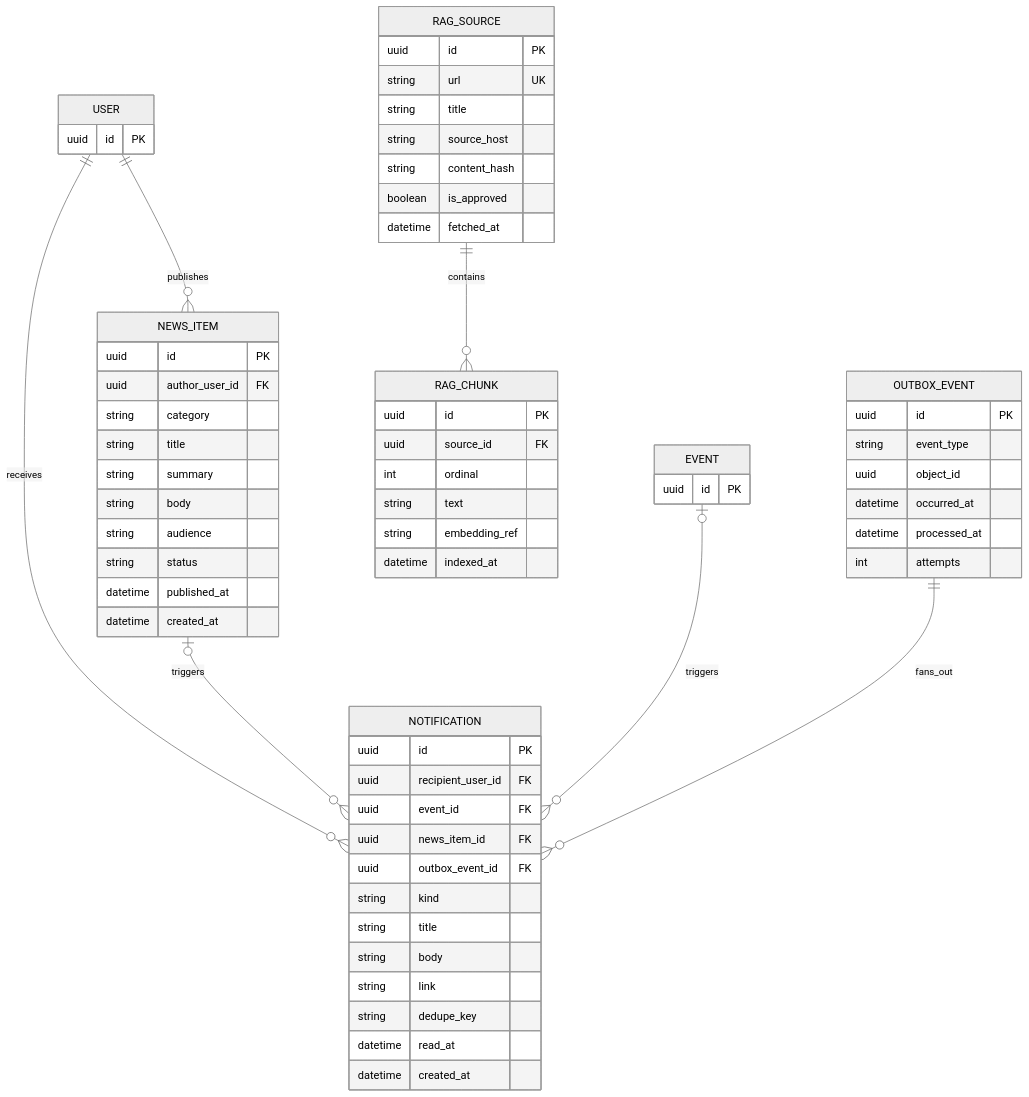
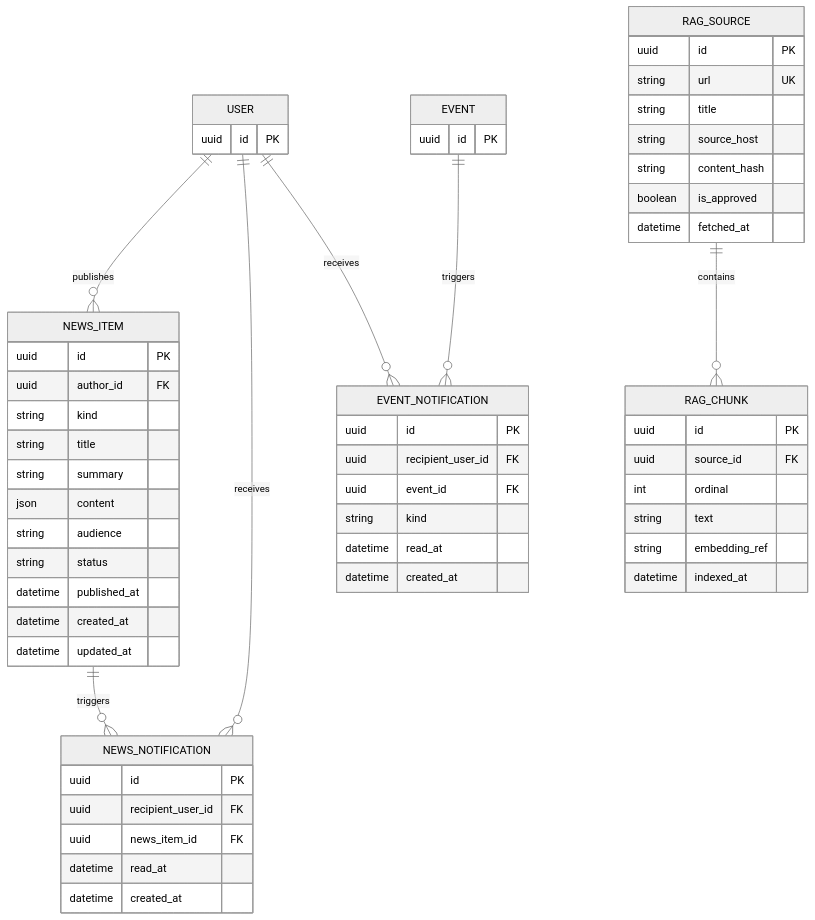
Before and after one commit to anindya357/UniCircle: the fourth of 4 diagrams in docs/design/ERD.md, drawn with Mermaid (neutral theme). The commit also changed other lines of this file and 28 other files, not shown here.

````diff
--- a/docs/design/ERD.md
+++ b/docs/design/ERD.md
@@ -377,67 +377,61 @@
 ```mermaid
 erDiagram
     USER ||--o{ NEWS_ITEM : publishes
-    USER ||--o{ NOTIFICATION : receives
-    NEWS_ITEM o|--o{ NOTIFICATION : triggers
-    EVENT o|--o{ NOTIFICATION : triggers
+    USER ||--o{ NEWS_NOTIFICATION : receives
+    NEWS_ITEM ||--o{ NEWS_NOTIFICATION : triggers
+    USER ||--o{ EVENT_NOTIFICATION : receives
+    EVENT ||--o{ EVENT_NOTIFICATION : triggers
     RAG_SOURCE ||--o{ RAG_CHUNK : contains
-    OUTBOX_EVENT ||--o{ NOTIFICATION : fans_out
 
     USER {
         uuid id PK
     }
     EVENT {
         uuid id PK
     }
     NEWS_ITEM {
         uuid id PK
-        uuid author_user_id FK
-        string category
+        uuid author_id FK
+        string kind
         string title
         string summary
-        string body
+        json content
         string audience
         string status
         datetime published_at
         datetime created_at
+        datetime updated_at
     }
-    NOTIFICATION {
+    NEWS_NOTIFICATION {
+        uuid id PK
+        uuid recipient_user_id FK
+        uuid news_item_id FK
+        datetime read_at
+        datetime created_at
+    }
+    EVENT_NOTIFICATION {
         uuid id PK
         uuid recipient_user_id FK
         uuid event_id FK
-        uuid news_item_id FK
-        uuid outbox_event_id FK
         string kind
-        string title
-        string body
-        string link
-        string dedupe_key
         datetime read_at
         datetime created_at
-    }
-    OUTBOX_EVENT {
-        uuid id PK
-        string event_type
-        uuid object_id
-        datetime occurred_at
-        datetime processed_at
-        int attempts
     }
     RAG_SOURCE {
         uuid id PK
         string url UK
         string title
         string source_host
         string content_hash
         boolean is_approved
         datetime fetched_at
     }
     RAG_CHUNK {
         uuid id PK
         uuid source_id FK
         int ordinal
         string text
         string embedding_ref
         datetime indexed_at
     }
 ```
````
